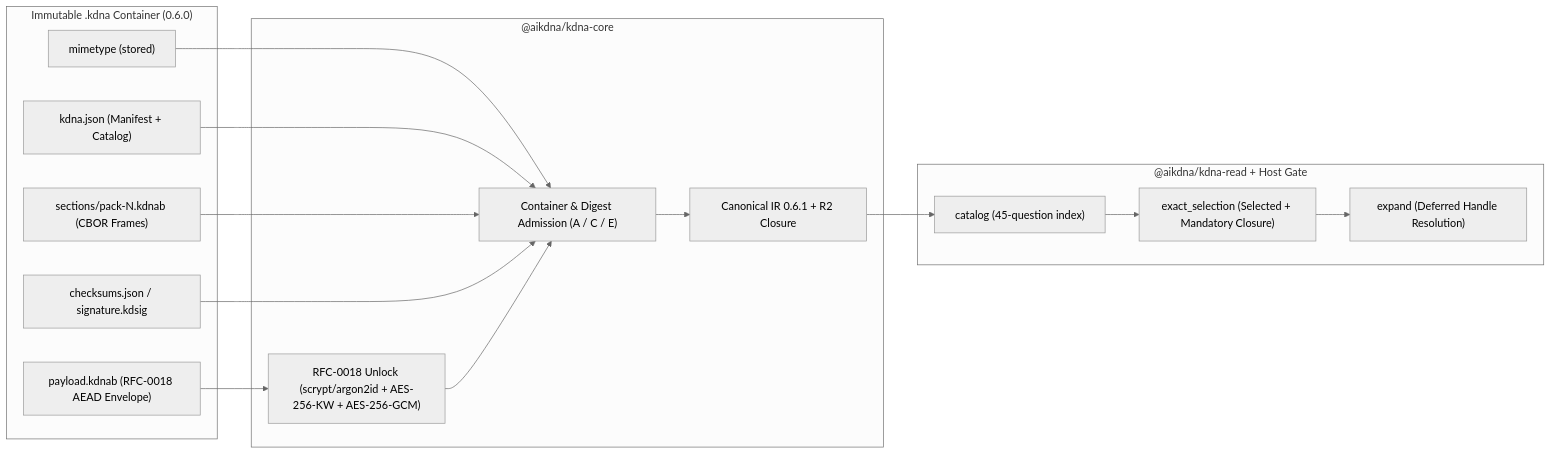
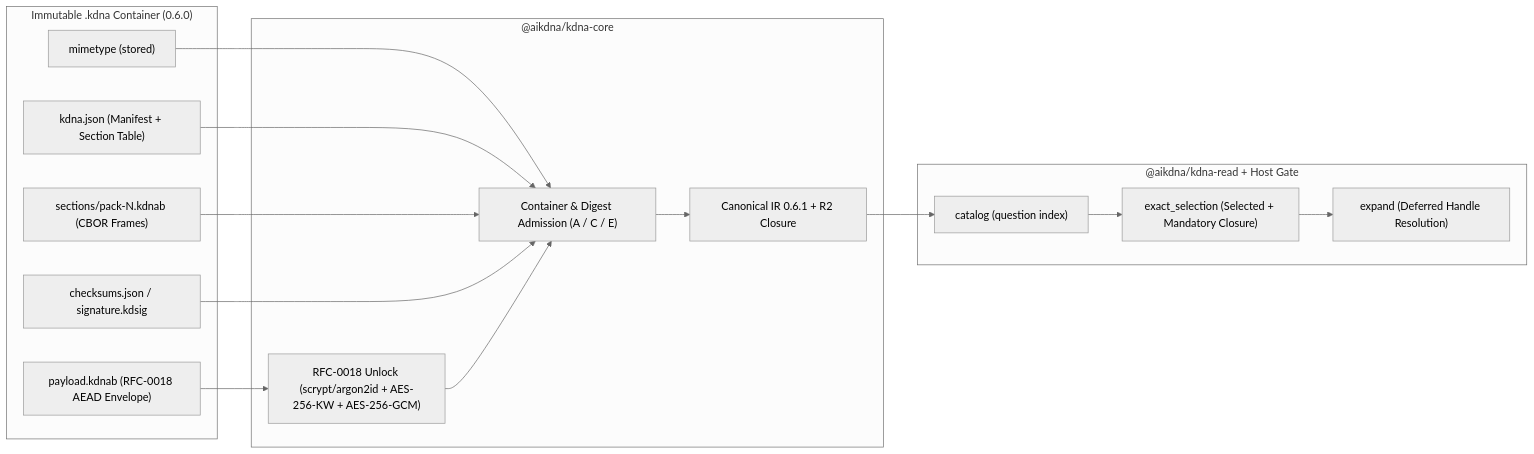
One commit to aikdna/kdna changed the diagram in SPEC.md. Above: the diagram before and after it, drawn with Mermaid (neutral theme). The commit also changed other lines of this file and 307 other files, not shown here.

````diff
--- a/SPEC.md
+++ b/SPEC.md
@@ -15,23 +20,23 @@
 ```mermaid
 flowchart LR
   subgraph Container["Immutable .kdna Container (0.6.0)"]
     M["mimetype (stored)"]
-    J["kdna.json (Manifest + Catalog)"]
+    J["kdna.json (Manifest + Section Table)"]
     S["sections/pack-N.kdnab (CBOR Frames)"]
     E["payload.kdnab (RFC-0018 AEAD Envelope)"]
     C["checksums.json / signature.kdsig"]
   end
   subgraph Core["@aikdna/kdna-core"]
     A["Container & Digest Admission (A / C / E)"]
     K["RFC-0018 Unlock (scrypt/argon2id + AES-256-KW + AES-256-GCM)"]
     IR["Canonical IR 0.6.1 + R2 Closure"]
   end
   subgraph Read["@aikdna/kdna-read + Host Gate"]
-    CAT["catalog (45-question index)"]
+    CAT["catalog (question index)"]
     SEL["exact_selection (Selected + Mandatory Closure)"]
     EXP["expand (Deferred Handle Resolution)"]
   end
   M & J & S & C --> A --> IR
   E --> K --> A
   IR --> CAT --> SEL --> EXP
 ```
````
